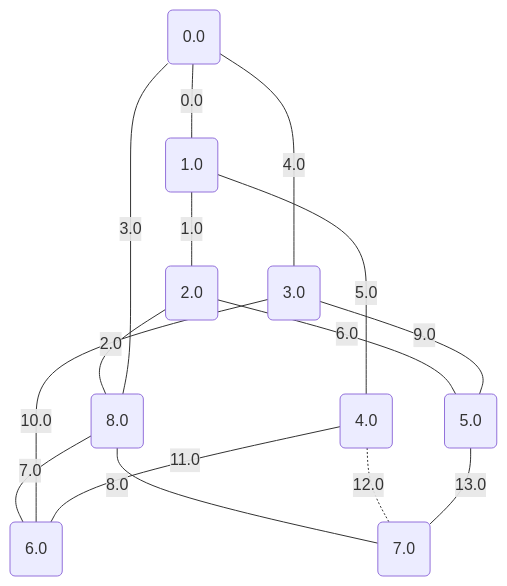
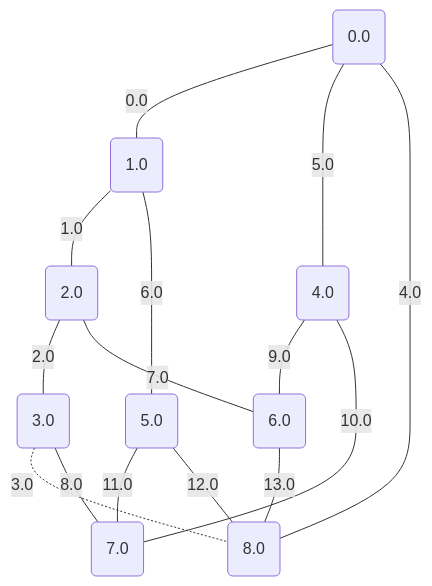
One commit to metury/graphs changed the fourth of 17 diagrams in project/src/testing/minCutPetersen.md. Above: the diagram before and after it, drawn with Mermaid. The commit also changed other lines of this file and 27 other files, not shown here.

````diff
--- a/project/src/testing/minCutPetersen.md
+++ b/project/src/testing/minCutPetersen.md
@@ -106,26 +106,26 @@
 ```mermaid
 graph TD;
 0("0.0");
 1("1.0");
 2("2.0");
 3("3.0");
 4("4.0");
 5("5.0");
 6("6.0");
 7("7.0");
 8("8.0");
 	0 -- "0.0" --- 1;
 	1 -- "1.0" --- 2;
-	2 -- "2.0" --- 8;
-	8 -- "3.0" --- 0;
-	0 -- "4.0" --- 3;
-	1 -- "5.0" --- 4;
-	2 -- "6.0" --- 5;
-	8 -- "7.0" --- 6;
-	8 -- "8.0" --- 7;
-	3 -- "9.0" --- 5;
-	3 -- "10.0" --- 6;
-	4 -- "11.0" --- 6;
-	4 -. "12.0" -.- 7;
-	5 -- "13.0" --- 7;
+	2 -- "2.0" --- 3;
+	3 -. "3.0" -.- 8;
+	8 -- "4.0" --- 0;
+	0 -- "5.0" --- 4;
+	1 -- "6.0" --- 5;
+	2 -- "7.0" --- 6;
+	3 -- "8.0" --- 7;
+	4 -- "9.0" --- 6;
+	4 -- "10.0" --- 7;
+	5 -- "11.0" --- 7;
+	5 -- "12.0" --- 8;
+	6 -- "13.0" --- 8;
 ```
````
